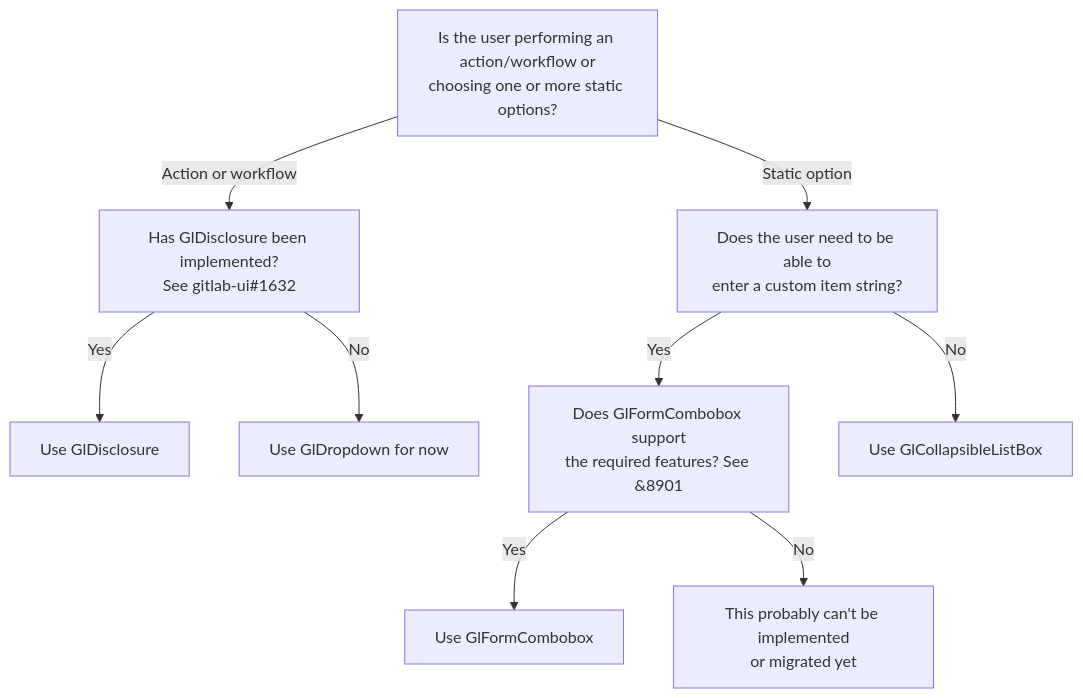
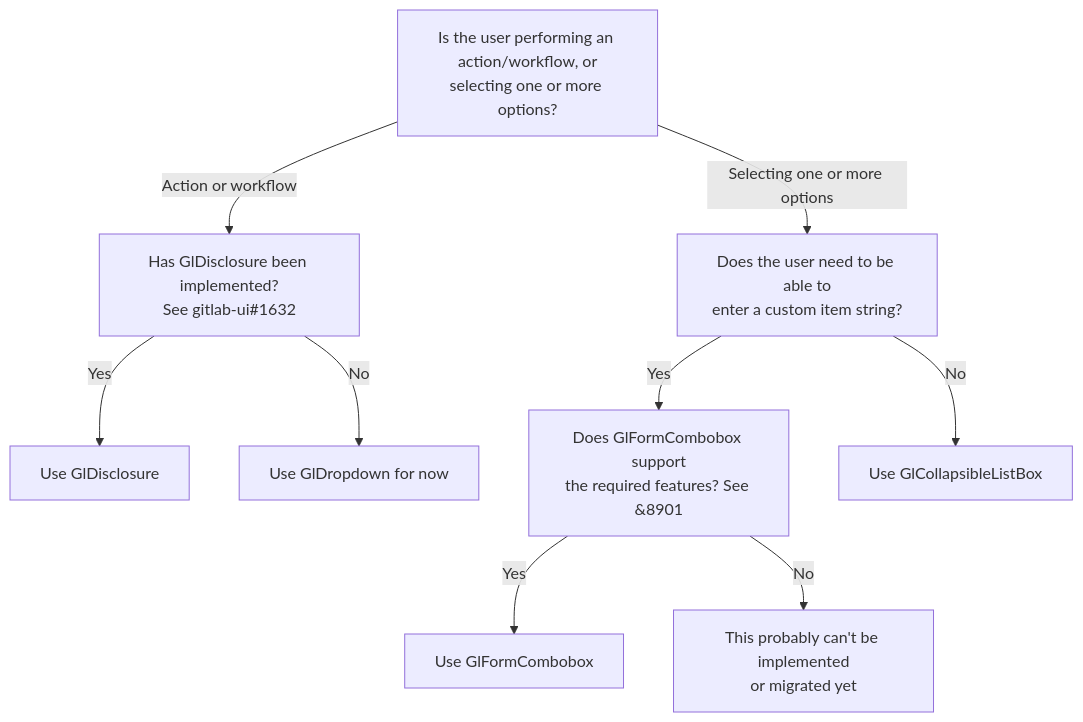
One commit to khulnasoft-lab/design.khulnasoft.com changed the diagram in contents/components/dropdown-overview.md. Above: the diagram before and after it, drawn with Mermaid.

Commit message:
Clarify selection in decision tree

````diff
--- a/contents/components/dropdown-overview.md
+++ b/contents/components/dropdown-overview.md
@@ -19,11 +19,11 @@
 ```mermaid
 flowchart TD;
-  A[Is the user performing an action/workflow or<br>choosing one or more static options?] --> |Action or workflow|B[Has GlDisclosure been implemented?<br>See gitlab-ui#1632];
-  A --> |Static option|C[Does the user need to be able to<br>enter a custom item string?];
+  A[Is the user performing an action/workflow, or<br>selecting one or more options?] --> |Action or workflow|B[Has GlDisclosure been implemented?<br>See gitlab-ui#1632];
+  A --> |Selecting one or more options|C[Does the user need to be able to<br>enter a custom item string?];
   B --> |Yes|F[Use GlDisclosure];
   B --> |No|G[Use GlDropdown for now];
   C --> |Yes|D[Does GlFormCombobox support<br>the required features? See &8901];
   C --> |No|E[Use GlCollapsibleListBox];
   D --> |Yes|H[Use GlFormCombobox];
   D --> |No|I[This probably can't be implemented<br>or migrated yet];
 ```
````
